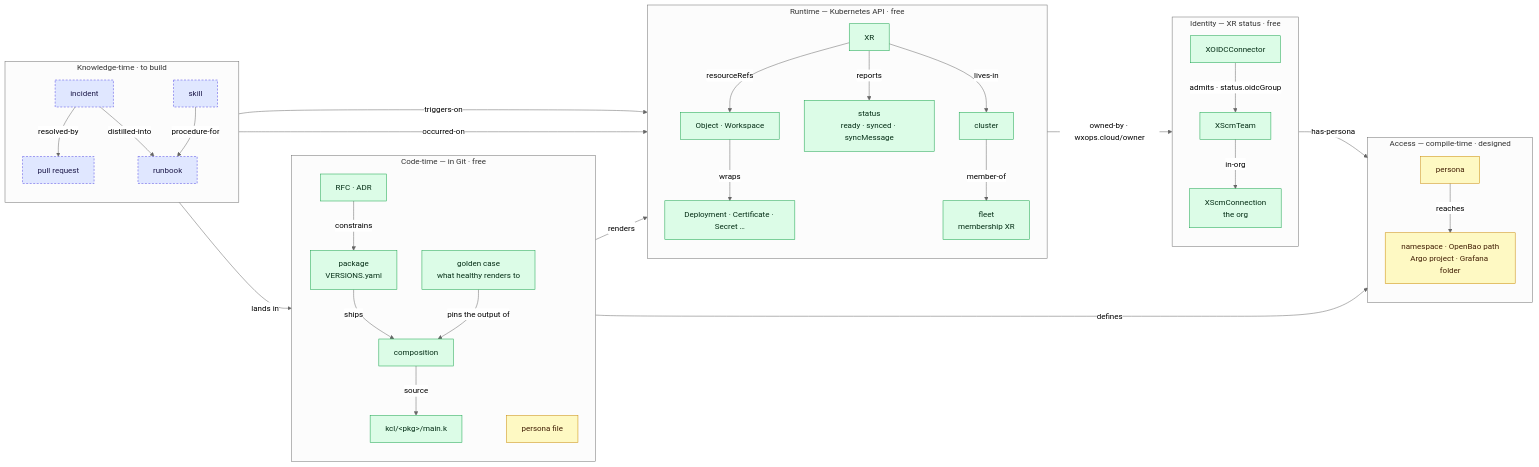
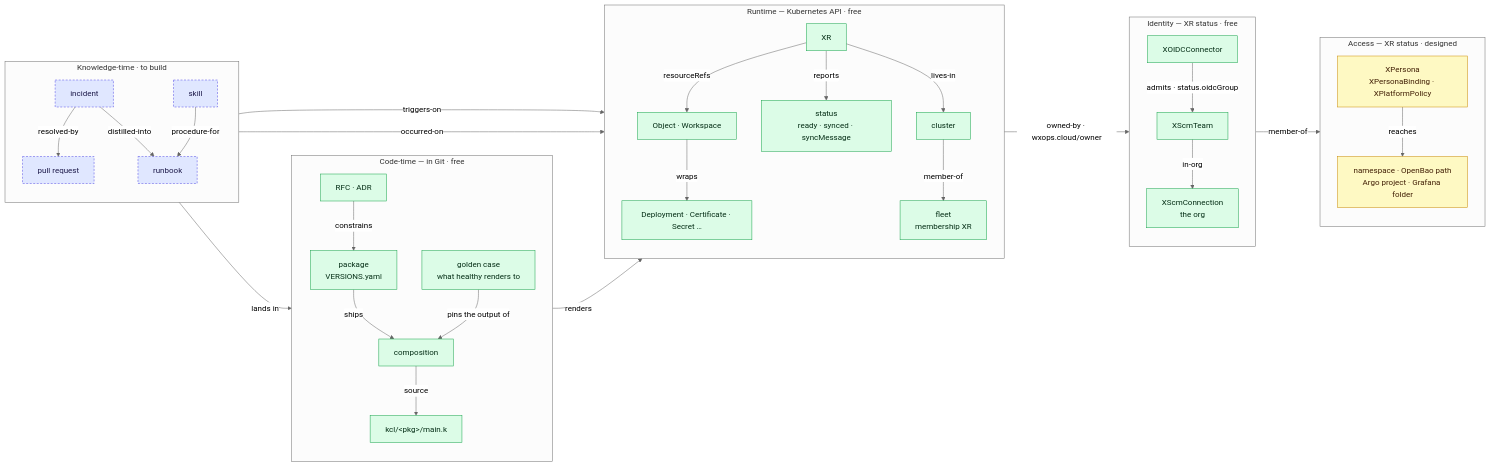
The first of 2 diagrams in development-docs/core-ideas/knowledge-architecture.md (wxops-idp/wxops-core), drawn with Mermaid (neutral theme) before and after one commit. The commit also changed 22 other files, not shown here.

````diff
--- a/development-docs/core-ideas/knowledge-architecture.md
+++ b/development-docs/core-ideas/knowledge-architecture.md
@@ -128,75 +128,73 @@
 ```mermaid
 flowchart LR
     subgraph CODE["Code-time — in Git · free"]
         direction TB
         RFC["RFC · ADR"]
         PKG["package<br/>VERSIONS.yaml"]
         COMP["composition"]
         KCL["kcl/&lt;pkg&gt;/main.k"]
         GOLD["golden case<br/>what healthy renders to"]
-        PFILE["persona file"]
     end
 
     subgraph RUN["Runtime — Kubernetes API · free"]
         direction TB
         XR["XR"]
         OBJ["Object · Workspace"]
         RES["Deployment · Certificate · Secret …"]
         ST["status<br/>ready · synced · syncMessage"]
         CL["cluster"]
         FLEET["fleet<br/>membership XR"]
     end
 
     subgraph IDN["Identity — XR status · free"]
         direction TB
         CONN["XScmConnection<br/>the org"]
         TEAM["XScmTeam"]
         DEX["XOIDCConnector"]
     end
 
-    subgraph ACC["Access — compile-time · designed"]
+    subgraph ACC["Access — XR status · designed"]
         direction TB
-        PERSONA["persona"]
+        PERSONA["XPersona<br/>XPersonaBinding · XPlatformPolicy"]
         TGT["namespace · OpenBao path<br/>Argo project · Grafana folder"]
     end
 
     subgraph KNOW["Knowledge-time · to build"]
         direction TB
         RB["runbook"]
         INC["incident"]
         PR["pull request"]
         SK["skill"]
     end
 
     RFC -->|constrains| PKG
     PKG -->|ships| COMP
     COMP -->|source| KCL
     GOLD -->|"pins the output of"| COMP
     COMP -->|renders| XR
 
     XR -->|resourceRefs| OBJ -->|wraps| RES
     XR -->|reports| ST
     XR -->|lives-in| CL -->|member-of| FLEET
 
     XR -->|"owned-by · wxops.cloud/owner"| TEAM
     TEAM -->|in-org| CONN
     DEX -->|"admits · status.oidcGroup"| TEAM
 
-    PFILE -->|defines| PERSONA
-    TEAM -->|has-persona| PERSONA
+    TEAM -->|member-of| PERSONA
     PERSONA -->|reaches| TGT
 
     RB -->|"triggers-on"| ST
     INC -->|"occurred-on"| XR
     INC -->|"resolved-by"| PR
     INC -->|"distilled-into"| RB
     SK -->|"procedure-for"| RB
     PR -->|"lands in"| PKG
 
     classDef free fill:#dcfce7,stroke:#16a34a,color:#052e16
     classDef designed fill:#fef9c3,stroke:#ca8a04,color:#422006
     classDef tobuild fill:#e0e7ff,stroke:#4f46e5,color:#1e1b4b,stroke-dasharray:4 3
     class RFC,PKG,COMP,KCL,GOLD,XR,OBJ,RES,ST,CL,FLEET,CONN,TEAM,DEX free
-    class PFILE,PERSONA,TGT designed
+    class PERSONA,TGT designed
     class RB,INC,PR,SK tobuild
 ```
````
